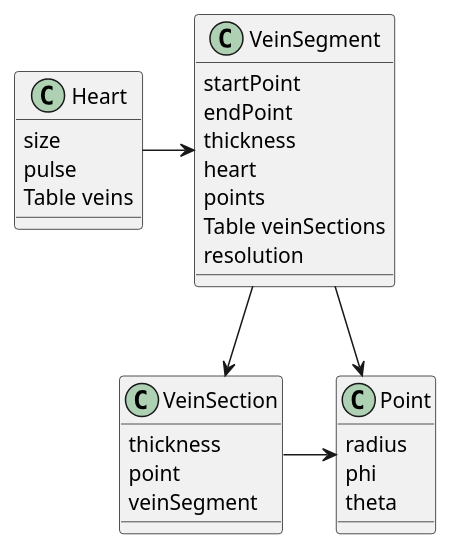
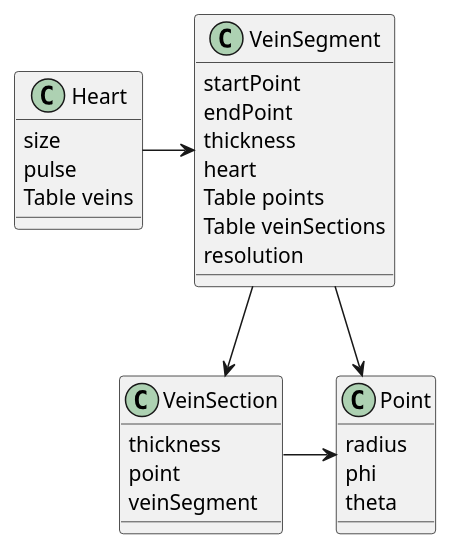
Before and after one commit to caetanope/angio3d: the diagram in classDiagram.puml, drawn with PlantUML. The commit also changed 4 other files, not shown here.

Commit message:
diagrams

```diff
--- a/classDiagram.puml
+++ b/classDiagram.puml
@@ -1,36 +1,36 @@
 @startuml "classDiagram"
 
 class Heart{
     size
     pulse
     Table veins 
 }
 
 class Point{
     radius
     phi
     theta
 }
 
 class VeinSegment{
     startPoint
     endPoint
     thickness
     heart
-    points
+    Table points
     Table veinSections
     resolution
 }
 
 class VeinSection{
     thickness
     point
     veinSegment
 }
 
 Heart -right-> VeinSegment
 VeinSegment -down-> Point
 VeinSegment -down-> VeinSection
 VeinSection -right-> Point
 
 @enduml
```
